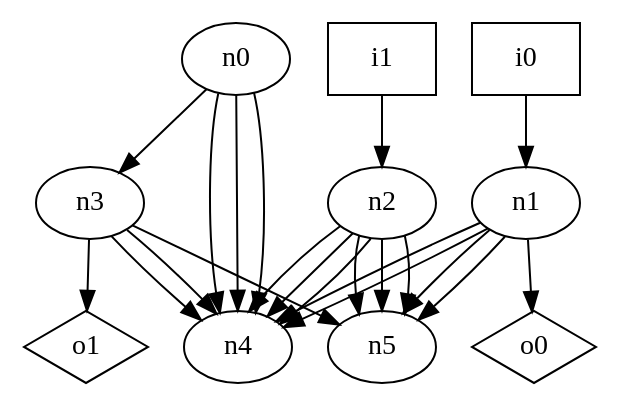
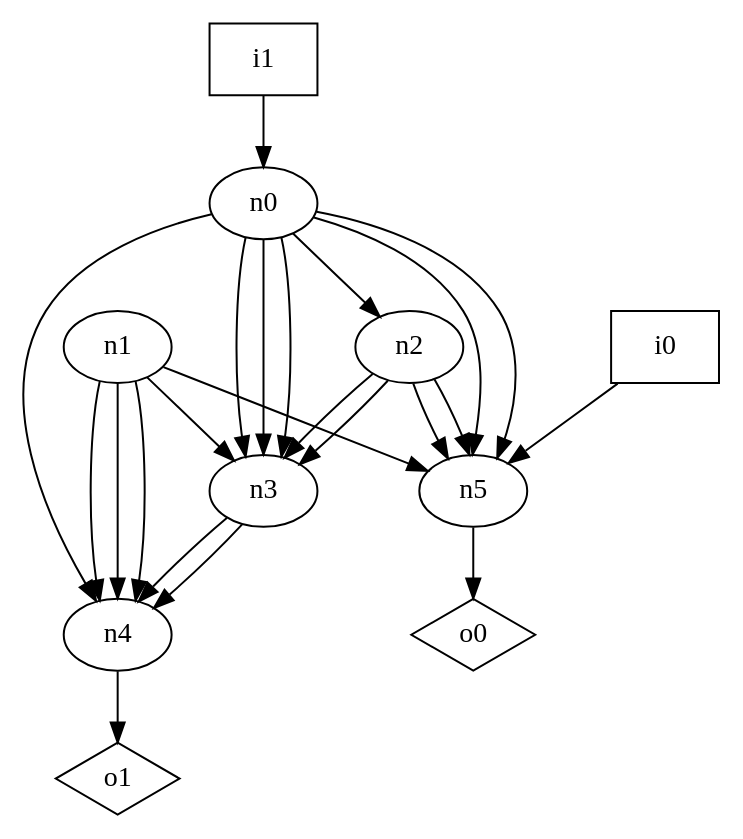
One commit to p9romain/bool-circuits changed the diagram in dot_files/random/random_DAG_loop_free_graph.dot. Above: the diagram before and after it, drawn with Graphviz. The commit also changed 29 other files, not shown here.

```diff
--- a/dot_files/random/random_DAG_loop_free_graph.dot
+++ b/dot_files/random/random_DAG_loop_free_graph.dot
@@ -1,33 +1,34 @@
 digraph G {
 n0 [label="n0"];
 n1 [label="n1"];
 n2 [label="n2"];
 n3 [label="n3"];
 n4 [label="n4"];
 n5 [label="n5"];
 n6 [label="i0",shape="box"];
 n7 [label="i1",shape="box"];
 n8 [label="o0",shape="diamond"];
 n9 [label="o1",shape="diamond"];
+n0 -> n2
+n0 -> n3
+n0 -> n3
 n0 -> n3
 n0 -> n4
-n0 -> n4
-n0 -> n4
+n0 -> n5
+n0 -> n5
+n1 -> n3
+n1 -> n4
 n1 -> n4
 n1 -> n4
 n1 -> n5
-n1 -> n5
-n1 -> n8
-n2 -> n4
-n2 -> n4
-n2 -> n4
-n2 -> n5
+n2 -> n3
+n2 -> n3
 n2 -> n5
 n2 -> n5
 n3 -> n4
 n3 -> n4
-n3 -> n5
-n3 -> n9
-n6 -> n1
-n7 -> n2
+n4 -> n9
+n5 -> n8
+n6 -> n5
+n7 -> n0
 }
```
